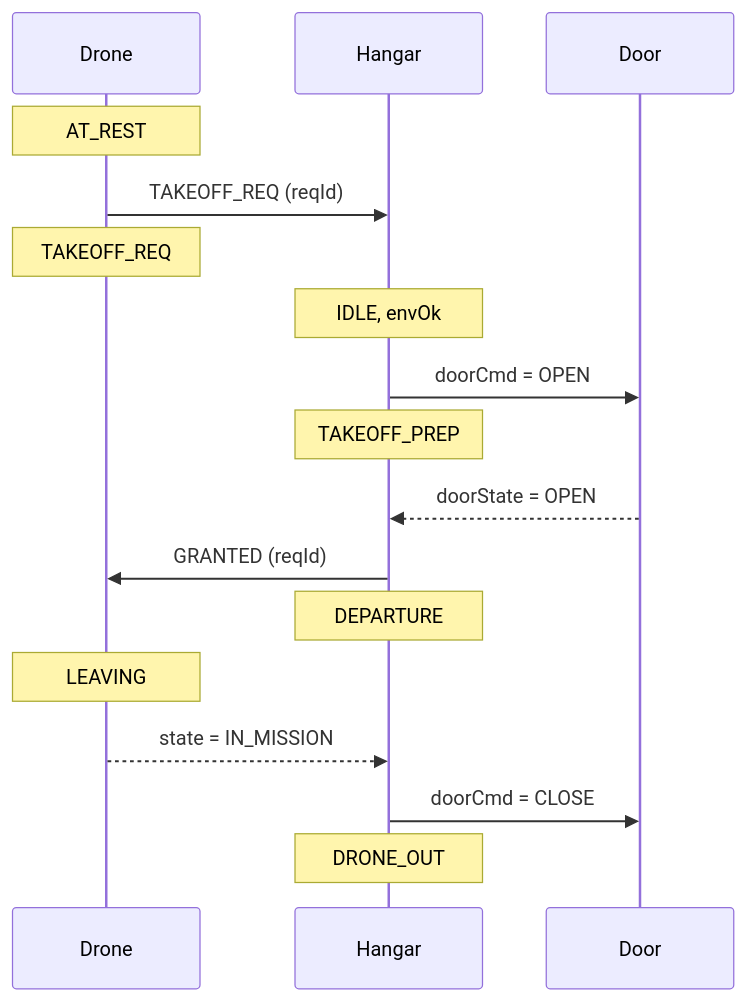
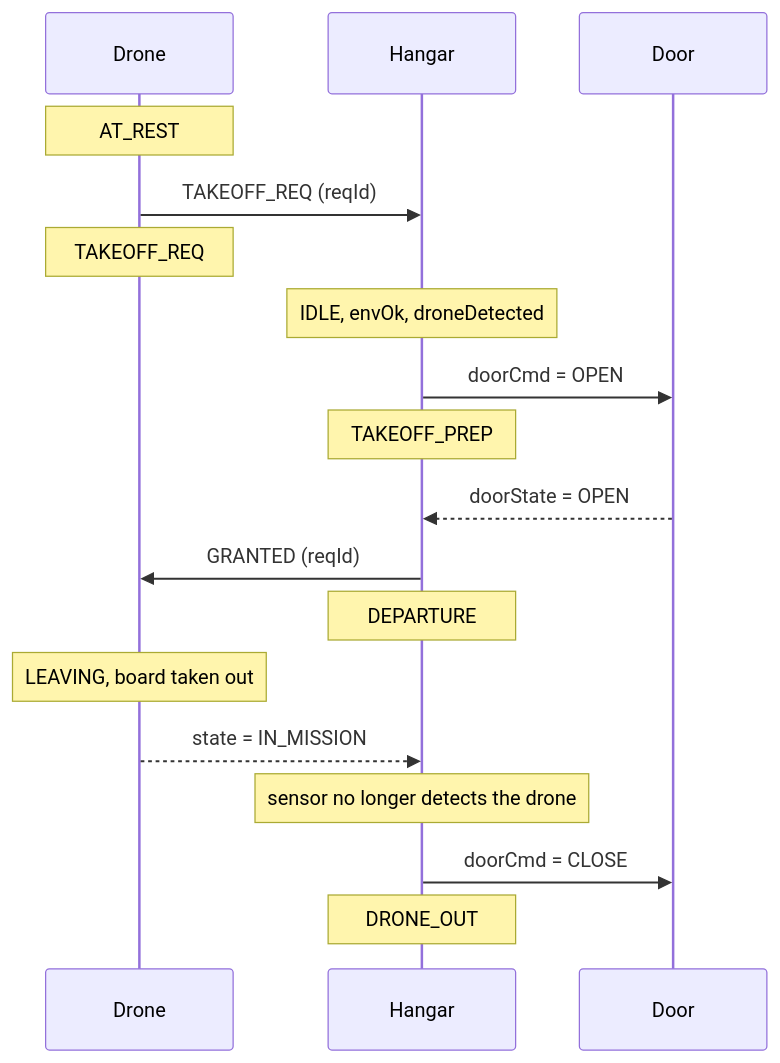
One commit to eduardalexandrut/drone-in-a-box changed the seventh of 9 diagrams in docs/behaviour.md. Above: the diagram before and after it, drawn with Mermaid. The commit also changed other lines of this file and 2 other files, not shown here.

````diff
--- a/docs/behaviour.md
+++ b/docs/behaviour.md
@@ -294,20 +380,21 @@
 ```mermaid
 sequenceDiagram
   participant D as Drone
   participant H as Hangar
   participant DR as Door
  
   Note over D: AT_REST
   D->>H: TAKEOFF_REQ (reqId)
   Note over D: TAKEOFF_REQ
-  Note over H: IDLE, envOk
+  Note over H: IDLE, envOk, droneDetected
   H->>DR: doorCmd = OPEN
   Note over H: TAKEOFF_PREP
   DR-->>H: doorState = OPEN
   H->>D: GRANTED (reqId)
   Note over H: DEPARTURE
-  Note over D: LEAVING
+  Note over D: LEAVING, board taken out
   D-->>H: state = IN_MISSION
+  Note over H: sensor no longer detects the drone
   H->>DR: doorCmd = CLOSE
   Note over H: DRONE_OUT
 ```
````
